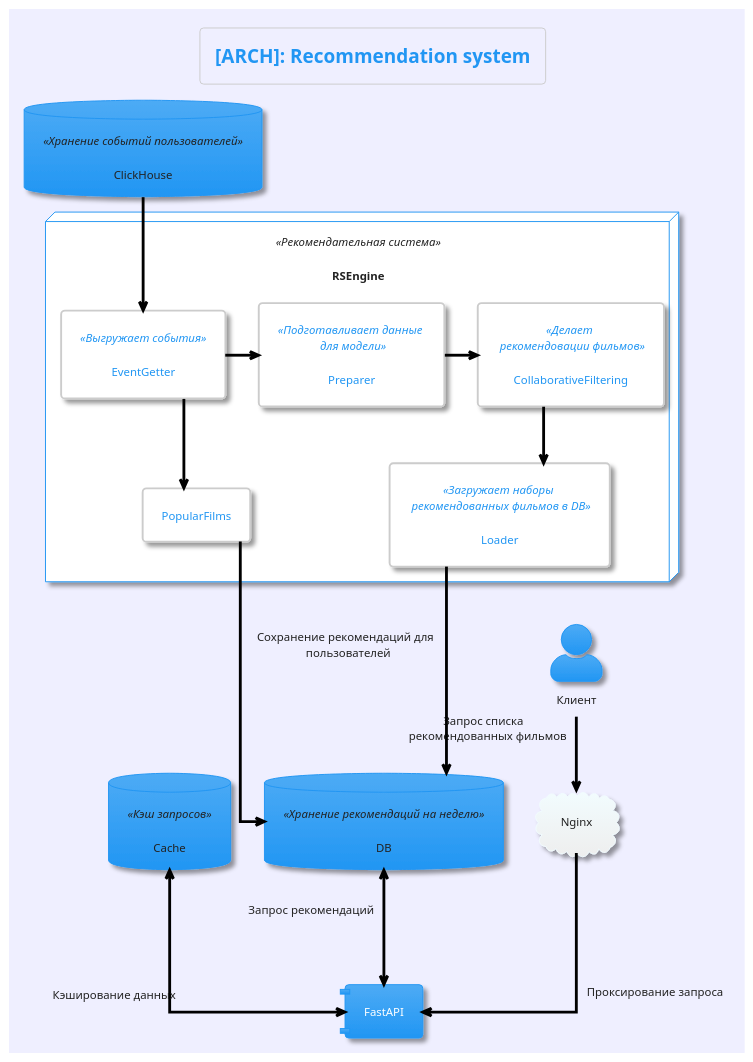
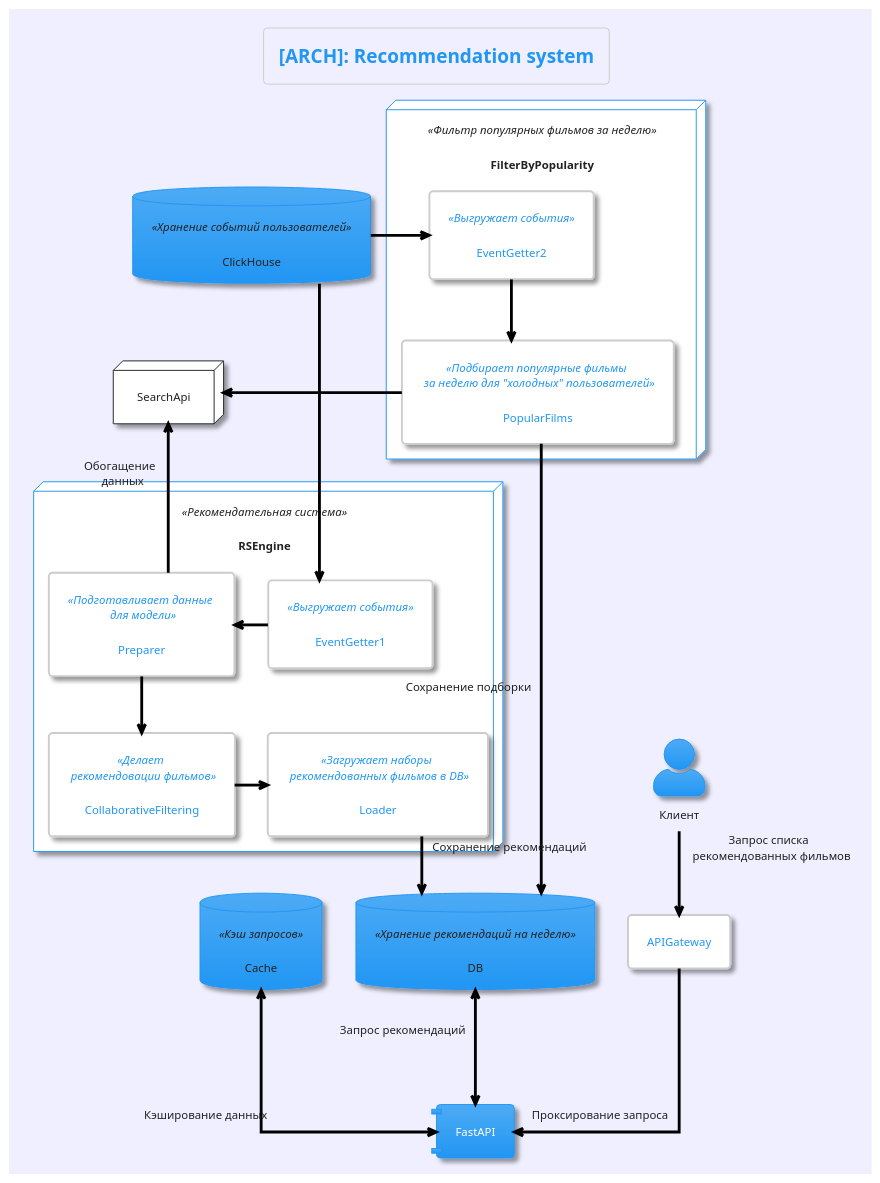
Before and after one commit to CatLecter/RS: the diagram in architecture/recsys_architecture_v1.puml, drawn with PlantUML. The commit also changed 3 other files, not shown here.

Commit message:
architecture modification

```diff
--- a/architecture/recsys_architecture_v1.puml
+++ b/architecture/recsys_architecture_v1.puml
@@ -1,39 +1,45 @@
 @startuml
 !theme materia
 skinparam componentStyle uml1
 skinparam backgroundColor MOTIVATION
 skinparam linetype ortho
 skinparam actorStyle awesome
 skinparam defaultTextAlignment center
 skinparam classarrowcolor Black
 skinparam SequenceMessageAlign reverseDirection
 
 title [ARCH]: Recommendation system
 
+rectangle APIGateway
 actor Клиент as Client
 component FastAPI
+database DB <<Хранение рекомендаций на неделю>>
+database Cache <<Кэш запросов>>
+node SearchApi
+database ClickHouse <<Хранение событий пользователей>>
 node RSEngine <<Рекомендательная система>> {
-    rectangle EventGetter <<Выгружает события>>
+    rectangle EventGetter1 <<Выгружает события>>
     rectangle Preparer <<Подготавливает данные \n для модели>>
     rectangle Loader <<Загружает наборы \n рекомендованных фильмов в DB>>
     rectangle CollaborativeFiltering <<Делает \n рекомендовации фильмов>>
-    rectangle PopularFilms
 }
-cloud Nginx
-database ClickHouse <<Хранение событий пользователей>>
-database Cache <<Кэш запросов>>
-database DB <<Хранение рекомендаций на неделю>>
+node FilterByPopularity <<Фильтр популярных фильмов за неделю>> {
+    rectangle EventGetter2 <<Выгружает события>>
+    rectangle PopularFilms <<Подбирает популярные фильмы \n за неделю для "холодных" пользователей>>
+}
 
-Client -->Nginx: Запрос списка  \n рекомендованных фильмов
-Nginx ---> FastAPI: Проксирование запроса
+Client --> APIGateway: Запрос списка \n рекомендованных фильмов
+APIGateway ---> FastAPI: Проксирование запроса
 FastAPI <-up--> DB: Запрос рекомендаций
-ClickHouse --> EventGetter
-Preparer -> CollaborativeFiltering
-EventGetter -right-> Preparer
-EventGetter -down-> PopularFilms
-PopularFilms --> DB
-
-CollaborativeFiltering -down-> Loader
-Loader -down--> DB: Сохранение рекомендаций для \n пользователей
+ClickHouse -right-> EventGetter1
+ClickHouse -left-> EventGetter2
+EventGetter1 -left-> Preparer
+Preparer -up-> SearchApi: Обогащение \n данных
+Preparer -down-> CollaborativeFiltering
+CollaborativeFiltering -right-> Loader
+EventGetter2 -down-> PopularFilms
+PopularFilms --> DB: Сохранение подборки
+PopularFilms -right-> SearchApi
+Loader -down-> DB: Сохранение рекомендаций
 FastAPI <-up--> Cache: Кэширование данных
 @enduml
```
